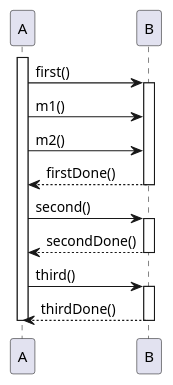
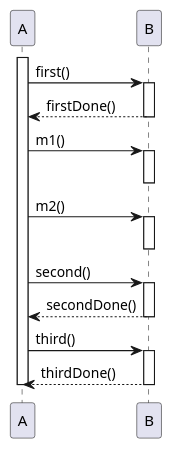
Before and after one commit to SuperPyonchiX/NextDesign_Script: the diagram in SequenceImportProbe/samples/structure-mix-inserts-chain-after.puml, drawn with PlantUML. The commit also changed 15 other files, not shown here.

```diff
--- a/SequenceImportProbe/samples/structure-mix-inserts-chain-after.puml
+++ b/SequenceImportProbe/samples/structure-mix-inserts-chain-after.puml
@@ -1,20 +1,24 @@
 @startuml
 participant A
 participant B
 activate A
 A -> B : first()
 activate B
+B --> A : firstDone()
+deactivate B
 A -> B : m1()
+activate B
+deactivate B
 A -> B : m2()
-B --> A : firstDone()
+activate B
 deactivate B
 A -> B : second()
 activate B
 B --> A : secondDone()
 deactivate B
 A -> B : third()
 activate B
 B --> A : thirdDone()
 deactivate B
 deactivate A
 @enduml
```
